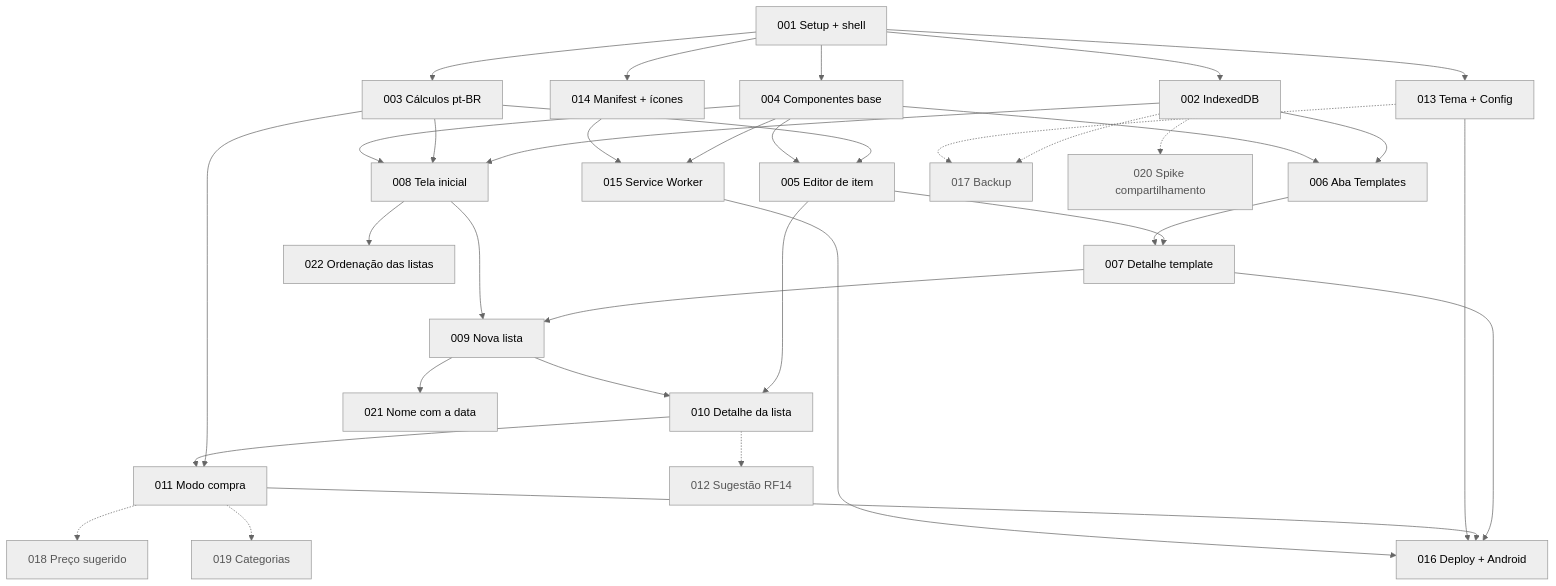
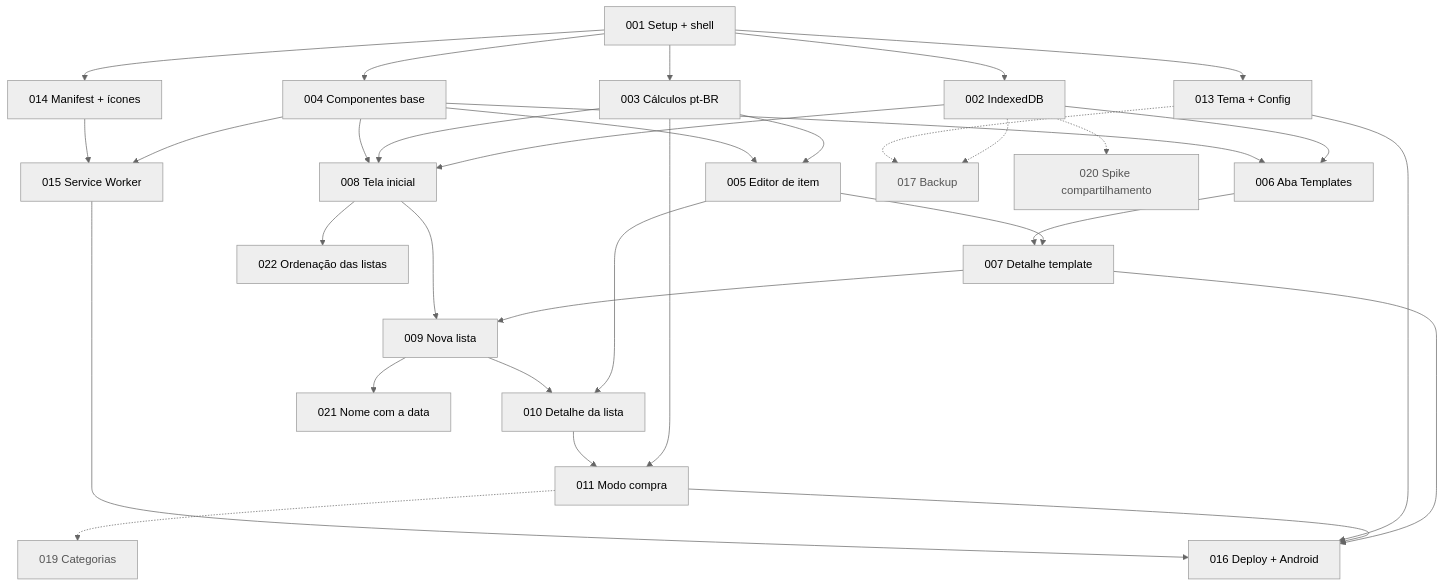
The diagram in docs/cards/_index.md (thalesAlves758/cestinha), drawn with Mermaid (neutral theme) before and after one commit. The commit also changed other lines of this file and 6 other files, not shown here.

````diff
--- a/docs/cards/_index.md
+++ b/docs/cards/_index.md
@@ -54,41 +54,39 @@
 ```mermaid
 flowchart TD
     C001[001 Setup + shell] --> C002[002 IndexedDB]
     C001 --> C003[003 Cálculos pt-BR]
     C001 --> C004[004 Componentes base]
     C001 --> C013[013 Tema + Config]
     C001 --> C014[014 Manifest + ícones]
     C003 --> C005[005 Editor de item]
     C004 --> C005
     C002 --> C006[006 Aba Templates]
     C004 --> C006
     C005 --> C007[007 Detalhe template]
     C006 --> C007
     C002 --> C008[008 Tela inicial]
     C003 --> C008
     C004 --> C008
     C007 --> C009[009 Nova lista]
     C008 --> C009
     C005 --> C010[010 Detalhe da lista]
     C009 --> C010
     C003 --> C011[011 Modo compra]
     C010 --> C011
     C004 --> C015[015 Service Worker]
     C014 --> C015
     C007 --> C016[016 Deploy + Android]
     C011 --> C016
     C013 --> C016
     C015 --> C016
     C009 --> C021[021 Nome com a data]
     C008 --> C022[022 Ordenação das listas]
 
-    C010 -.-> C012[012 Sugestão RF14]
     C002 -.-> C017[017 Backup]
     C013 -.-> C017
-    C011 -.-> C018[018 Preço sugerido]
     C011 -.-> C019[019 Categorias]
     C002 -.-> C020[020 Spike compartilhamento]
 
     classDef depois fill:#eee,stroke:#999,color:#555;
-    class C012,C017,C018,C019,C020 depois;
+    class C017,C019,C020 depois;
 ```
````
